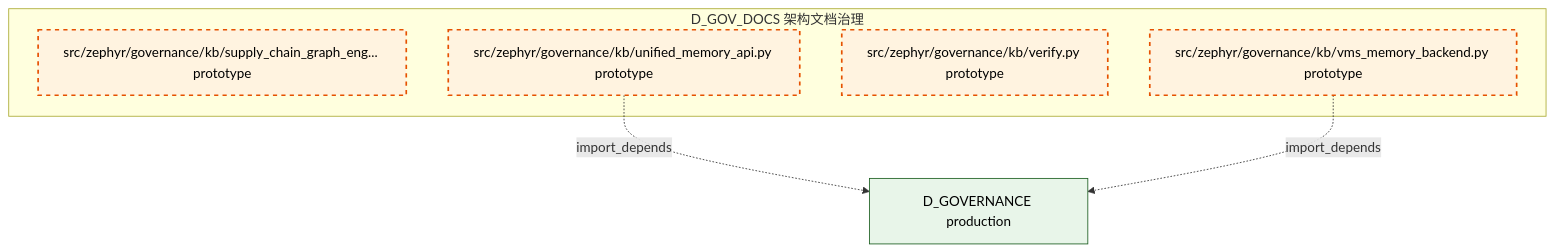
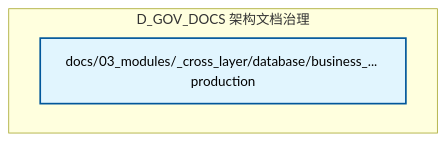
One commit to xuanFelixVan/ZephyrAlpha changed the diagram in docs/02_enterprise_architecture/02_domain_architecture_docs/35_d_gov_docs.md. Above: the diagram before and after it, drawn with Mermaid. The commit also changed other lines of this file and 105 other files, not shown here.

````diff
--- a/docs/02_enterprise_architecture/02_domain_architecture_docs/35_d_gov_docs.md
+++ b/docs/02_enterprise_architecture/02_domain_architecture_docs/35_d_gov_docs.md
@@ -122,18 +47,11 @@
 ```mermaid
 graph TD
     subgraph D_GOV_DOCS["D_GOV_DOCS 架构文档治理"]
-        src_zephyr_governance_kb_supply_chain_graph_engine_init_py["src/zephyr/governance/kb/supply_chain_graph_eng... prototype"]
-        src_zephyr_governance_kb_unified_memory_api_py["src/zephyr/governance/kb/unified_memory_api.py prototype"]
-        src_zephyr_governance_kb_verify_py["src/zephyr/governance/kb/verify.py prototype"]
-        src_zephyr_governance_kb_vms_memory_backend_py["src/zephyr/governance/kb/vms_memory_backend.py prototype"]
+        docs_03_modules_cross_layer_database_business_data_categories_yaml["docs/03_modules/_cross_layer/database/business_... production"]
     end
-    D_GOVERNANCE["D_GOVERNANCE production"]
-    src_zephyr_governance_kb_unified_memory_api_py -.->|import_depends| D_GOVERNANCE
-    src_zephyr_governance_kb_vms_memory_backend_py -.->|import_depends| D_GOVERNANCE
     classDef production fill:#e1f5fe,stroke:#01579b,stroke-width:2px,color:#000
     classDef design fill:#fff3e0,stroke:#e65100,stroke-width:2px,color:#000,stroke-dasharray: 5 5
     classDef external_prod fill:#e8f5e9,stroke:#1b5e20,stroke-width:1px,color:#000
     classDef external_design fill:#fce4ec,stroke:#880e4f,stroke-width:1px,color:#000,stroke-dasharray: 5 5
-    class src_zephyr_governance_kb_supply_chain_graph_engine_init_py,src_zephyr_governance_kb_unified_memory_api_py,src_zephyr_governance_kb_verify_py,src_zephyr_governance_kb_vms_memory_backend_py design
-    class D_GOVERNANCE external_prod
+    class docs_03_modules_cross_layer_database_business_data_categories_yaml production
 ```
````
